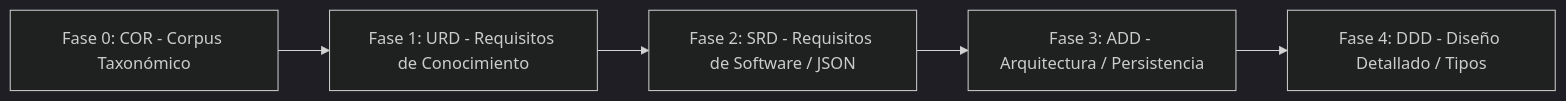
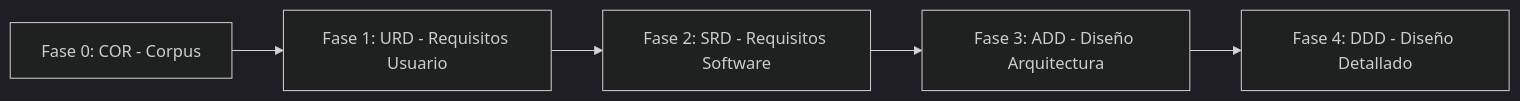
One commit to metsuke/mom changed the second of 2 diagrams in data/vault/MOSCON/VISION.md. Above: the diagram before and after it, drawn with Mermaid (dark theme). The commit also changed other lines of this file and 56 other files, not shown here.

````diff
--- a/data/vault/MOSCON/VISION.md
+++ b/data/vault/MOSCON/VISION.md
@@ -87,7 +74,7 @@
 ```mermaid
 graph LR
-    COR[Fase 0: COR - Corpus Taxonómico] --> URD[Fase 1: URD - Requisitos de Conocimiento]
-    URD --> SRD[Fase 2: SRD - Requisitos de Software / JSON]
-    SRD --> ADD[Fase 3: ADD - Arquitectura / Persistencia]
-    ADD --> DDD[Fase 4: DDD - Diseño Detallado / Tipos]
+    COR[Fase 0: COR - Corpus] --> URD[Fase 1: URD - Requisitos Usuario]
+    URD --> SRD[Fase 2: SRD - Requisitos Software]
+    SRD --> ADD[Fase 3: ADD - Diseño Arquitectura]
+    ADD --> DDD[Fase 4: DDD - Diseño Detallado]
 ```
````
